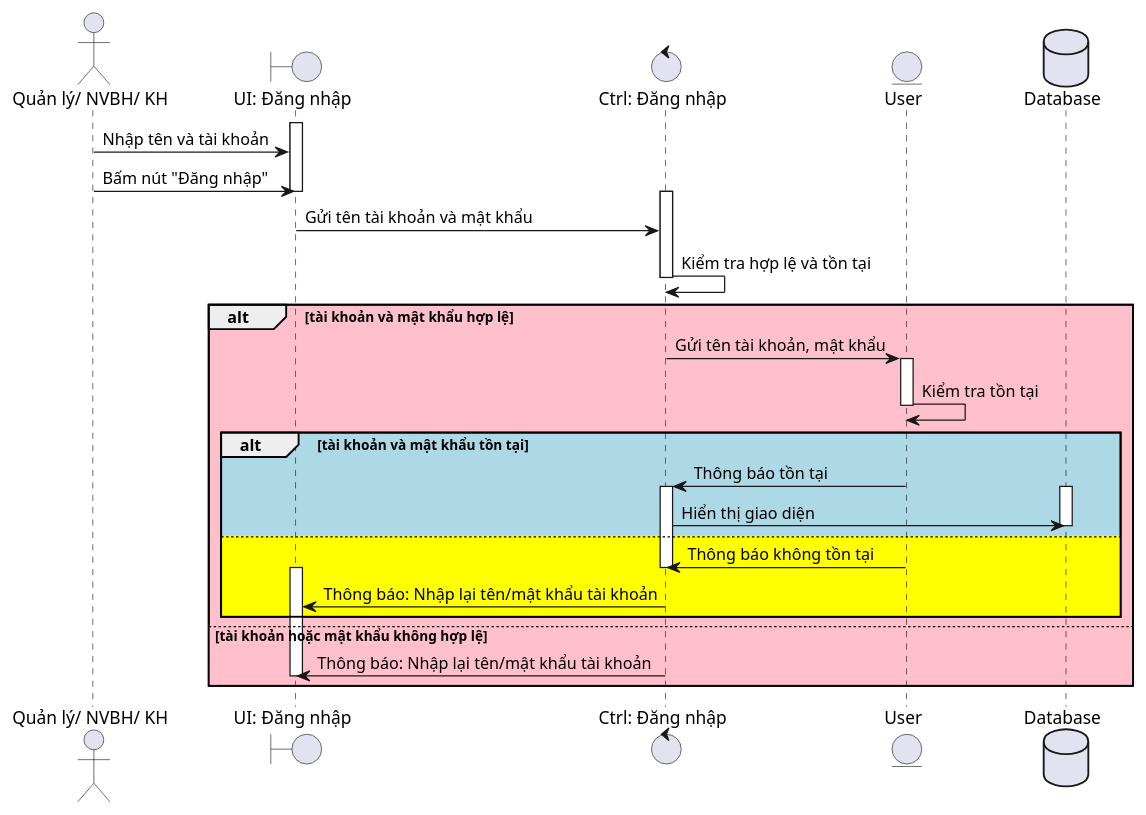
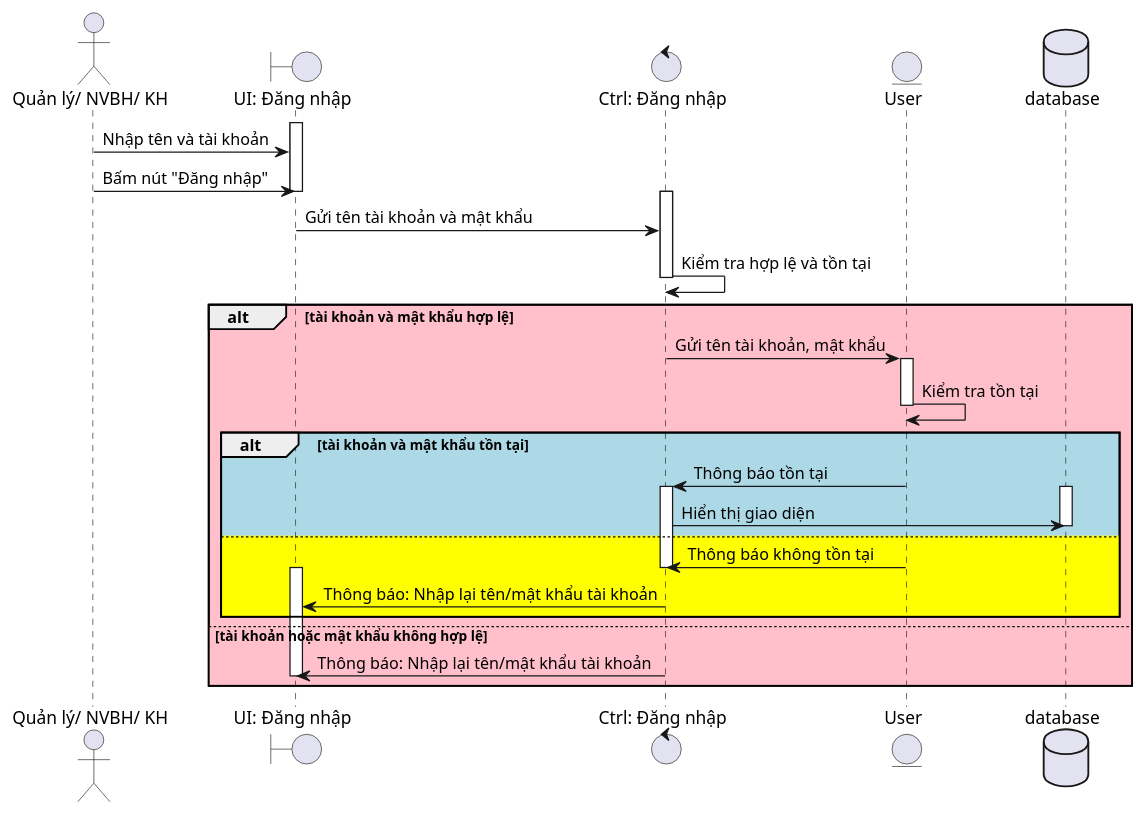
The diagram in assets/plantuml/Ariety/ArietySequence.puml (ThanhdatOris/LAB2211), drawn with PlantUML before and after one commit.

Commit message:
NhuY update

```diff
--- a/assets/plantuml/Ariety/ArietySequence.puml
+++ b/assets/plantuml/Ariety/ArietySequence.puml
@@ -1,45 +1,45 @@
 @startuml SequenceLogin
 actor "Quản lý/ NVBH/ KH" as actor
 boundary "UI: Đăng nhập" as ui_login
 control "Ctrl: Đăng nhập" as ctrl_login
 entity "User" as user
-database Database
+database database
 
 activate ui_login
     actor -> ui_login: Nhập tên và tài khoản
     actor -> ui_login: Bấm nút "Đăng nhập"
 deactivate ui_login
 
 activate ctrl_login
     ui_login -> ctrl_login: Gửi tên tài khoản và mật khẩu
     ctrl_login -> ctrl_login: Kiểm tra hợp lệ và tồn tại
 deactivate ctrl_login
 
 
 alt #Pink tài khoản và mật khẩu hợp lệ
     ctrl_login -> user: Gửi tên tài khoản, mật khẩu
     activate user
     user -> user: Kiểm tra tồn tại
     deactivate user
 
 alt #LightBlue  tài khoản và mật khẩu tồn tại
     user -> ctrl_login : Thông báo tồn tại
     activate ctrl_login
-    activate Database
-    ctrl_login -> Database: Hiển thị giao diện
-    deactivate Database
+    activate database
+    ctrl_login -> database: Hiển thị giao diện
+    deactivate database
 
 else #Yellow
     user -> ctrl_login: Thông báo không tồn tại
     deactivate ctrl_login
     activate ui_login
     ctrl_login -> ui_login: Thông báo: Nhập lại tên/mật khẩu tài khoản
 
 end
     else tài khoản hoặc mật khẩu không hợp lệ
     ctrl_login -> ui_login: Thông báo: Nhập lại tên/mật khẩu tài khoản
     deactivate ui_login
 end
 deactivate actor
 
 @enduml
```
